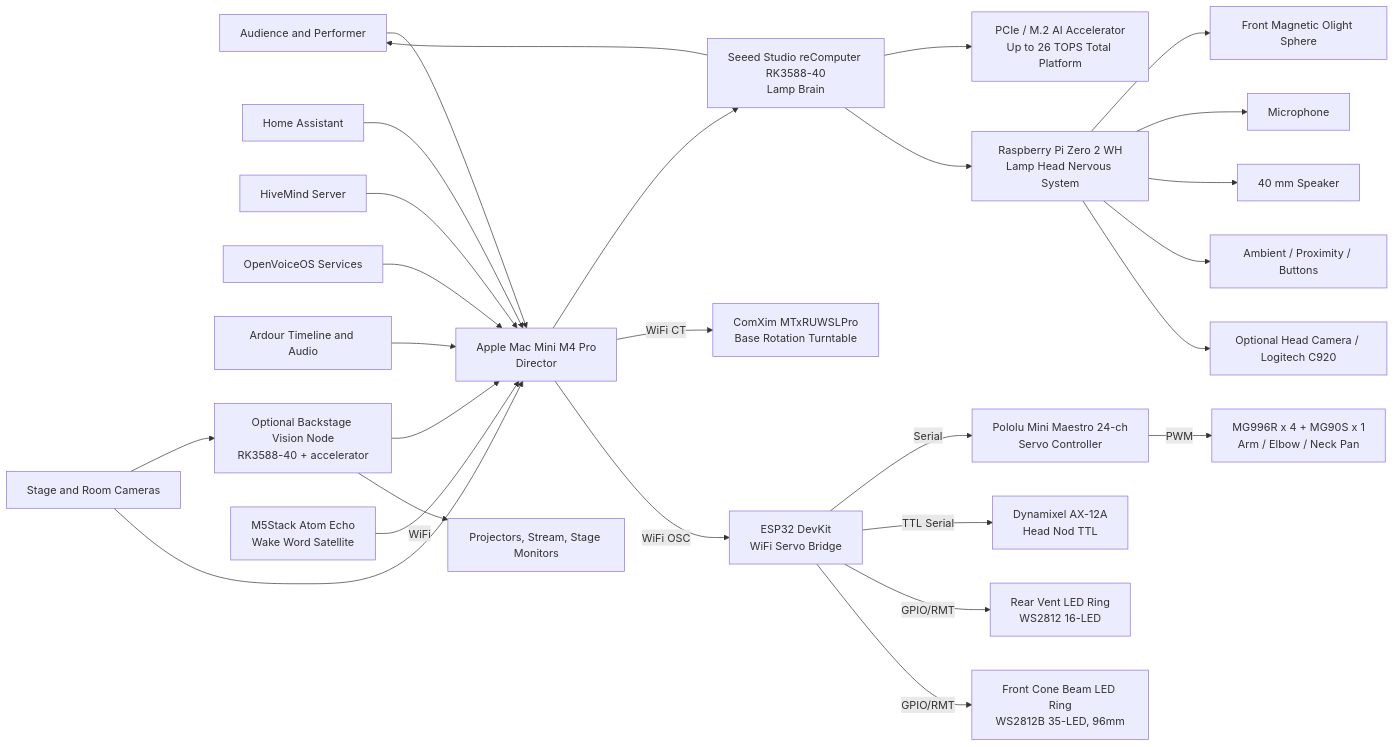
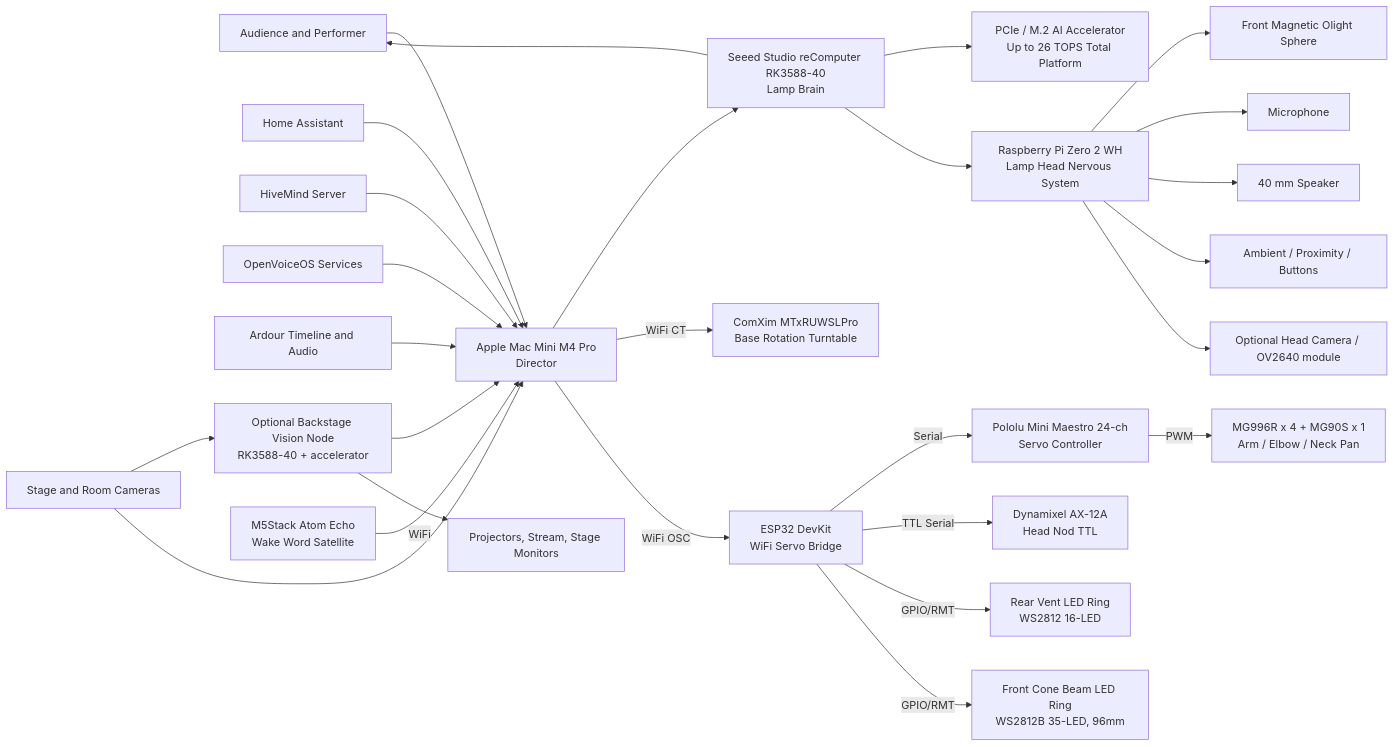
One commit to vanHeemstraPictures/pixstars changed the diagram in docs/architecture/ARCHITECTURE.md. Above: the diagram before and after it, drawn with Mermaid. The commit also changed other lines of this file and 5 other files, not shown here.

````diff
--- a/docs/architecture/ARCHITECTURE.md
+++ b/docs/architecture/ARCHITECTURE.md
@@ -22,60 +22,60 @@
 ```mermaid
 flowchart LR
     Audience[Audience and Performer]
     Cameras[Stage and Room Cameras]
     Visuals[Projectors, Stream, Stage Monitors]
 
     Mac[Apple Mac Mini M4 Pro\nDirector]
     HA[Home Assistant]
     HV[HiveMind Server]
     OV[OpenVoiceOS Services]
     Ardour[Ardour Timeline and Audio]
 
     RK[Seeed Studio reComputer RK3588-40\nLamp Brain]
     ACC[PCIe / M.2 AI Accelerator\nUp to 26 TOPS Total Platform]
     Pi[Raspberry Pi Zero 2 WH\nLamp Head Nervous System]
 
     ComXim[ComXim MTxRUWSLPro\nBase Rotation Turntable]
     ESP[ESP32 DevKit\nWiFi Servo Bridge]
     Maestro[Pololu Mini Maestro 24-ch\nServo Controller]
     AX[Dynamixel AX-12A\nHead Nod TTL]
     ArmServos[MG996R x 4 + MG90S x 1\nArm / Elbow / Neck Pan]
 
     RearRing[Rear Vent LED Ring\nWS2812 16-LED]
     FrontRing[Front Cone Beam LED Ring\nWS2812B 35-LED, 96mm]
     FrontBulb[Front Magnetic Olight Sphere]
     Mic[Microphone]
     Speaker[40 mm Speaker]
     Sensors[Ambient / Proximity / Buttons]
-    Camera[Optional Head Camera / Logitech C920]
+    Camera[Optional Head Camera / OV2640 module]
 
     Vision[Optional Backstage Vision Node\nRK3588-40 + accelerator]
     AtomEcho[M5Stack Atom Echo\nWake Word Satellite]
 
     Audience --> Mac
     Cameras --> Vision
     Cameras --> Mac
     Mac --> RK
     Mac -- WiFi CT --> ComXim
     Mac -- WiFi OSC --> ESP
     AtomEcho -- WiFi --> Mac
     HA --> Mac
     HV --> Mac
     OV --> Mac
     Ardour --> Mac
     RK --> ACC
     RK --> Pi
     ESP -- Serial --> Maestro
     ESP -- TTL Serial --> AX
     ESP -- GPIO/RMT --> RearRing
     ESP -- GPIO/RMT --> FrontRing
     Maestro -- PWM --> ArmServos
     Pi --> FrontBulb
     Pi --> Mic
     Pi --> Speaker
     Pi --> Sensors
     Pi --> Camera
     Vision --> Mac
     Vision --> Visuals
     RK --> Audience
 ```
````
